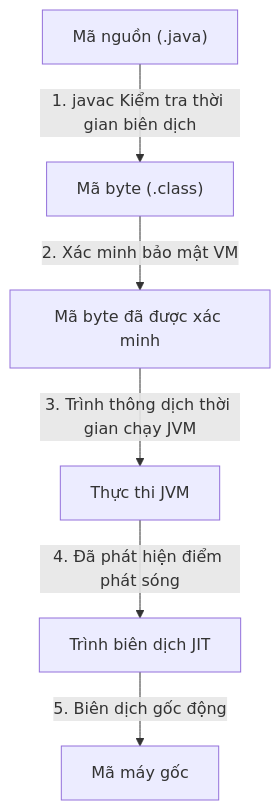
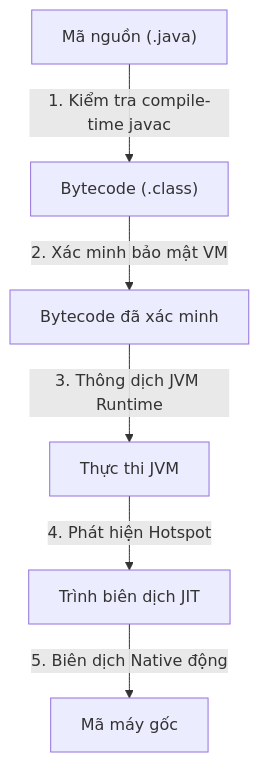
The second of 4 diagrams in vi/01-overview/theory/03-compile-runtime-flow.md (PhuThien2005/theoretical-of-java-core), drawn with Mermaid before and after one commit. The commit also changed other lines of this file and 229 other files, not shown here.

````diff
--- a/vi/01-overview/theory/03-compile-runtime-flow.md
+++ b/vi/01-overview/theory/03-compile-runtime-flow.md
@@ -75,8 +76,8 @@
 ```mermaid
 flowchart TD
-    Src["Mã nguồn (.java)"] -->|1. javac Kiểm tra thời gian biên dịch| BC["Mã byte (.class)"]
-    BC -->|2. Xác minh bảo mật VM| Ver["Mã byte đã được xác minh"]
-    Ver -->|3. Trình thông dịch thời gian chạy JVM| Exec["Thực thi JVM"]
-    Exec -->|4. Đã phát hiện điểm phát sóng| JIT["Trình biên dịch JIT"]
-    JIT -->|5. Biên dịch gốc động| Native["Mã máy gốc"]
+    Src["Mã nguồn (.java)"] -->|1. Kiểm tra compile-time javac| BC["Bytecode (.class)"]
+    BC -->|2. Xác minh bảo mật VM| Ver["Bytecode đã xác minh"]
+    Ver -->|3. Thông dịch JVM Runtime| Exec["Thực thi JVM"]
+    Exec -->|4. Phát hiện Hotspot| JIT["Trình biên dịch JIT"]
+    JIT -->|5. Biên dịch Native động| Native["Mã máy gốc"]
 ```
````
